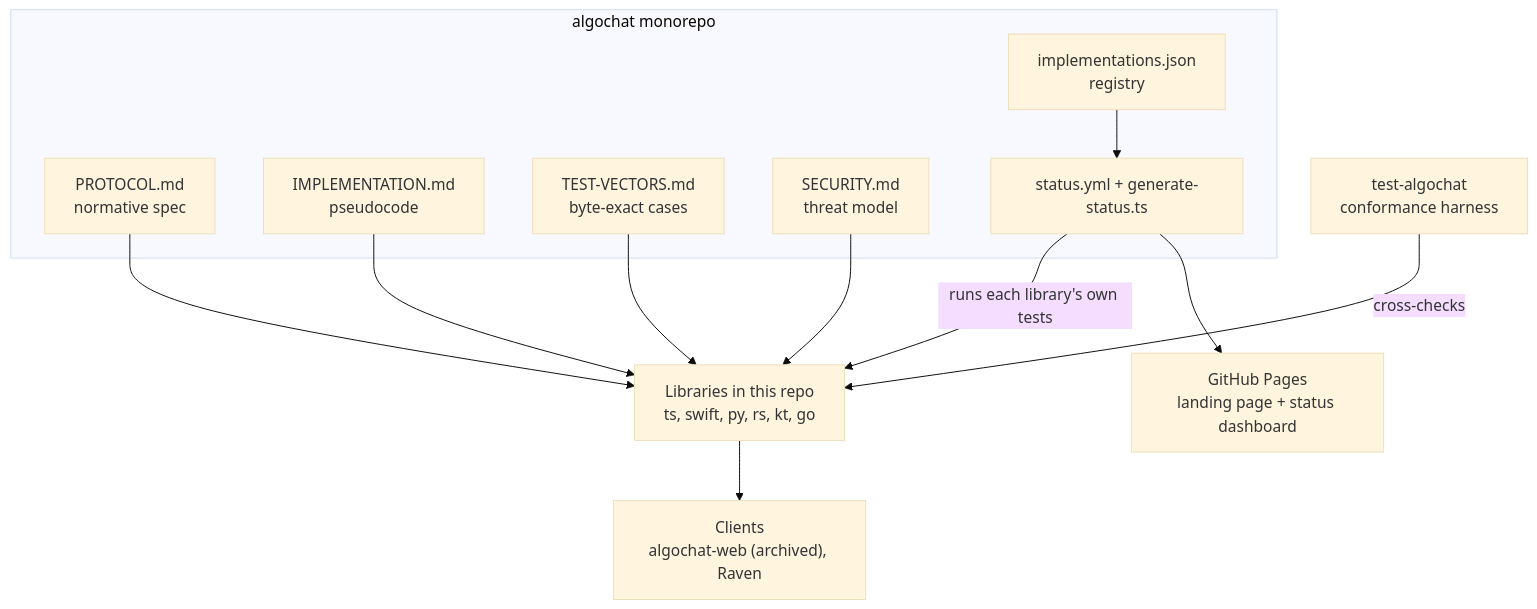
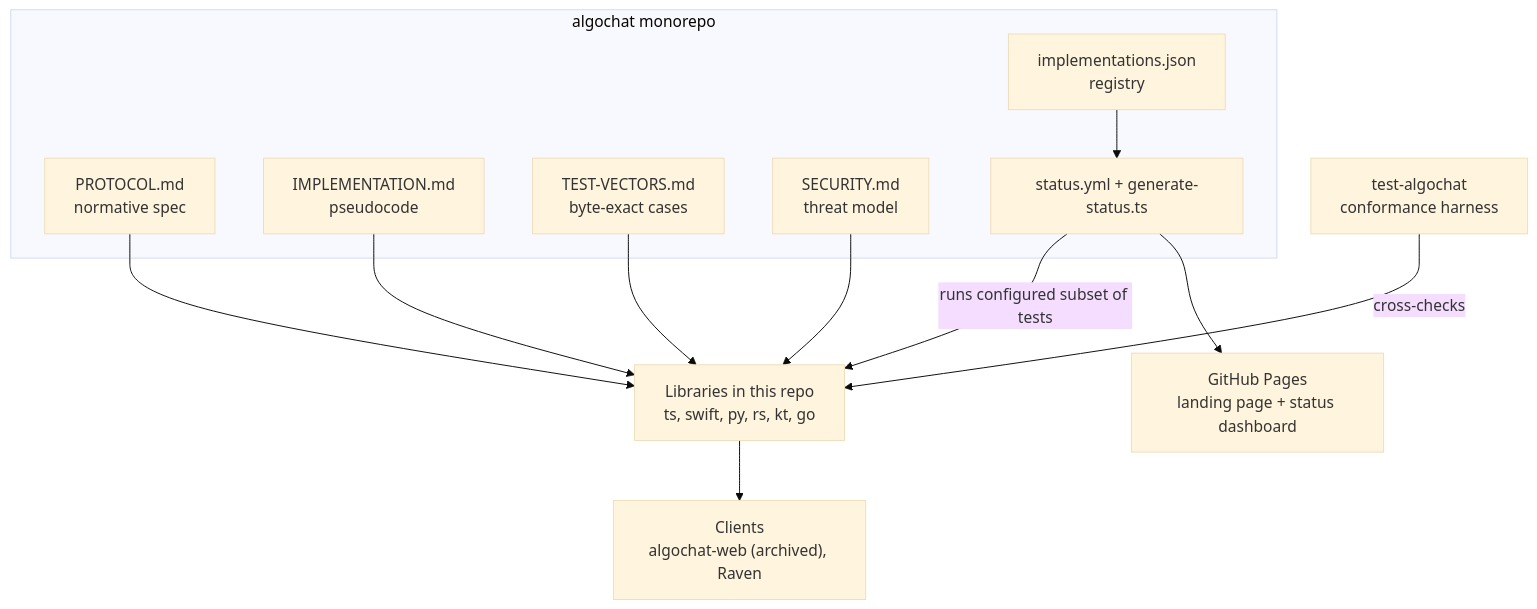
One commit to CorvidLabs/algochat changed the second of 15 diagrams in docs/HLD.md. Above: the diagram before and after it, drawn with Mermaid (base theme). The commit also changed other lines of this file and 116 other files, not shown here.

````diff
--- a/docs/HLD.md
+++ b/docs/HLD.md
@@ -62,24 +62,24 @@
 ```mermaid
 flowchart TB
     subgraph repo["algochat monorepo"]
         SPEC["PROTOCOL.md<br/>normative spec"]
         GUIDE["IMPLEMENTATION.md<br/>pseudocode"]
         TV["TEST-VECTORS.md<br/>byte-exact cases"]
         SEC["SECURITY.md<br/>threat model"]
         REG["implementations.json<br/>registry"]
         STATUS["status.yml + generate-status.ts"]
     end
     LIBS["Libraries in this repo<br/>ts, swift, py, rs, kt, go"]
     HARNESS["test-algochat<br/>conformance harness"]
     CLIENTS["Clients<br/>algochat-web (archived), Raven"]
     PAGES["GitHub Pages<br/>landing page + status dashboard"]
     SPEC --> LIBS
     GUIDE --> LIBS
     TV --> LIBS
     SEC --> LIBS
     HARNESS -- "cross-checks" --> LIBS
     LIBS --> CLIENTS
     REG --> STATUS
-    STATUS -- "runs each library's own tests" --> LIBS
+    STATUS -- "runs configured subset of tests" --> LIBS
     STATUS --> PAGES
 ```
````
